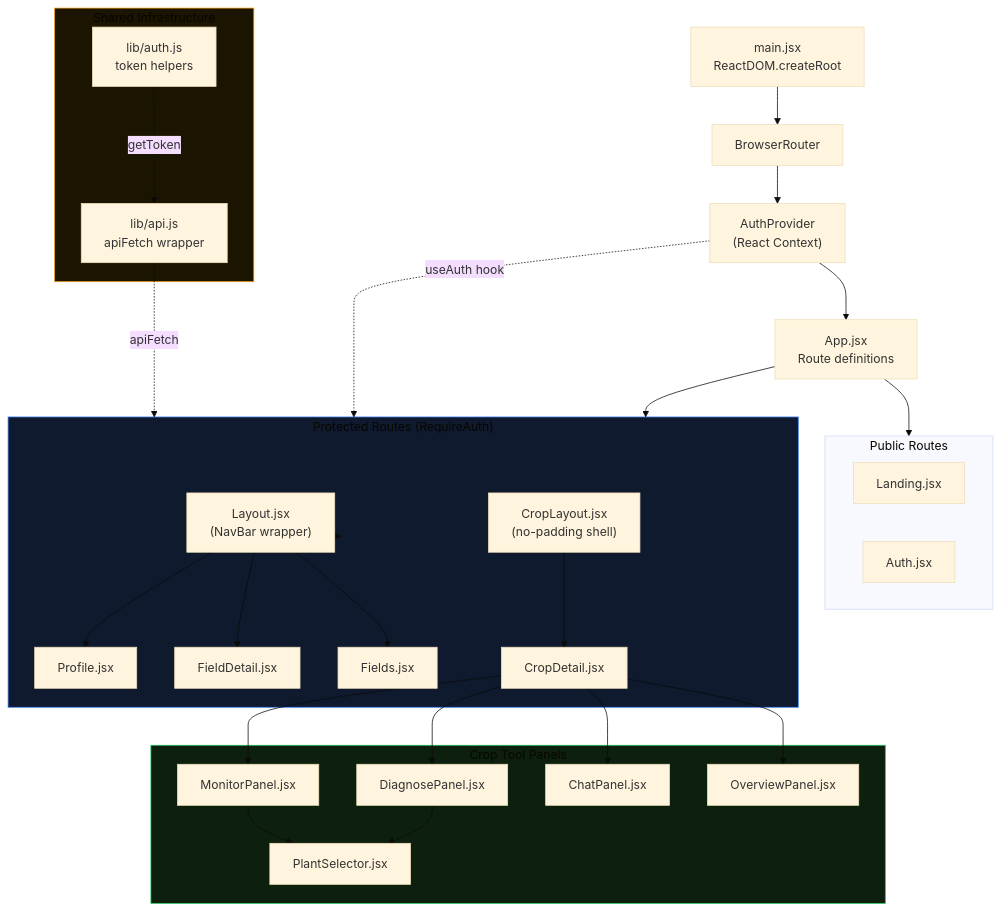
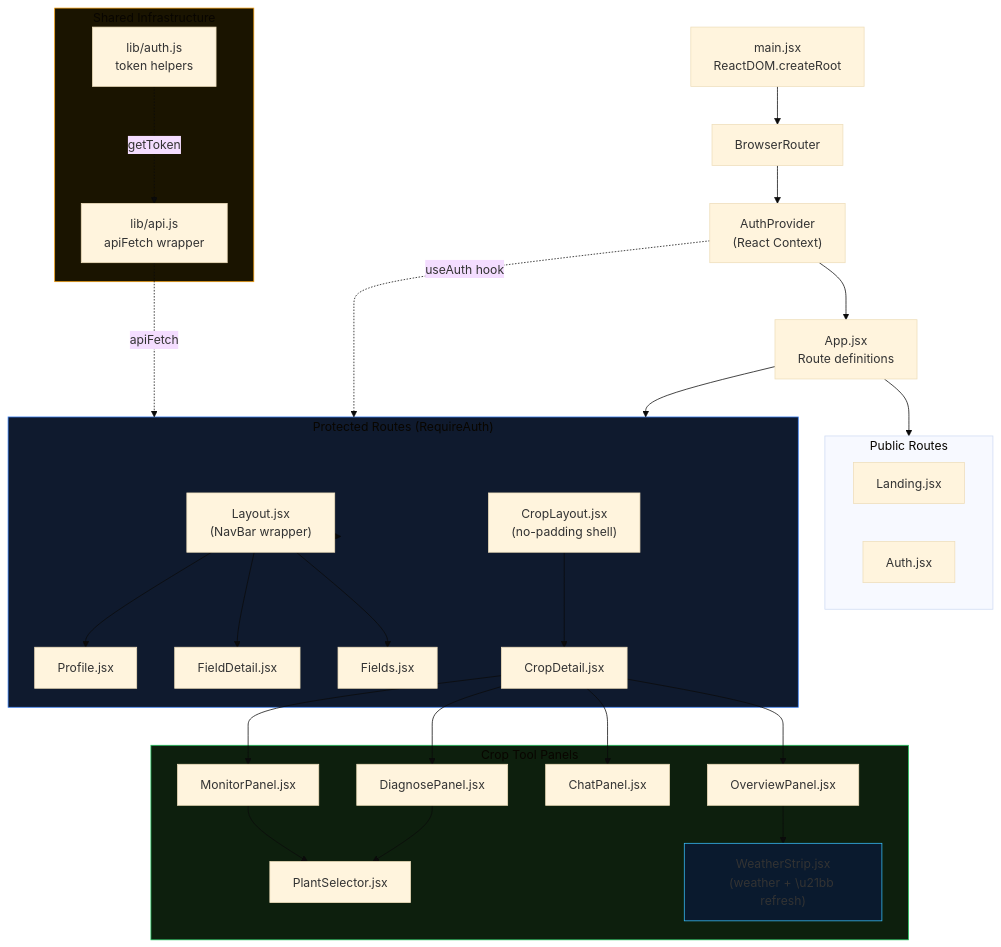
Before and after one commit to SReigovind/NAVA: the second of 2 diagrams in documentation/07_frontend_views.md, drawn with Mermaid (base theme). The commit also changed other lines of this file and 55 other files, not shown here.

````diff
--- a/documentation/07_frontend_views.md
+++ b/documentation/07_frontend_views.md
@@ -131,58 +132,61 @@
 ```mermaid
 flowchart TD
     Root["main.jsx\nReactDOM.createRoot"]
     Browser["BrowserRouter"]
     AP["AuthProvider\n(React Context)"]
     App["App.jsx\nRoute definitions"]
 
     subgraph Public["Public Routes"]
         LandingC["Landing.jsx"]
         AuthC["Auth.jsx"]
     end
 
     subgraph Protected["Protected Routes (RequireAuth)"]
         Layout["Layout.jsx\n(NavBar wrapper)"]
         FieldsC["Fields.jsx"]
         FieldDetailC["FieldDetail.jsx"]
         CropLayout["CropLayout.jsx\n(no-padding shell)"]
         CropDetailC["CropDetail.jsx"]
         ProfileC["Profile.jsx"]
     end
 
     subgraph CropPanels2["Crop Tool Panels"]
         OP["OverviewPanel.jsx"]
+        WS["WeatherStrip.jsx\n(weather + \u21bb refresh)"]
         CP["ChatPanel.jsx"]
         DP["DiagnosePanel.jsx"]
         MP["MonitorPanel.jsx"]
         PS["PlantSelector.jsx"]
     end
 
     subgraph Lib["Shared Infrastructure"]
         API2["lib/api.js\napiFetch wrapper"]
         AuthLib["lib/auth.js\ntoken helpers"]
     end
 
     Root --> Browser --> AP --> App
     App --> Public
     App --> Protected
 
     Protected --> Layout
     Layout --> FieldsC
     Layout --> FieldDetailC
     Layout --> ProfileC
     CropLayout --> CropDetailC
     CropDetailC --> OP
     CropDetailC --> CP
     CropDetailC --> DP
     CropDetailC --> MP
+    OP --> WS
     DP --> PS
     MP --> PS
 
     AP -..->|"useAuth hook"| Protected
     API2 -..->|"apiFetch"| Protected
     AuthLib -..->|"getToken"| API2
 
     style Protected fill:#0f1a2e,stroke:#3b82f6
     style CropPanels2 fill:#0d1f0d,stroke:#22c55e
     style Lib fill:#1a1400,stroke:#f59e0b
+    style WS fill:#0a1a2e,stroke:#38bdf8
 ```
````
